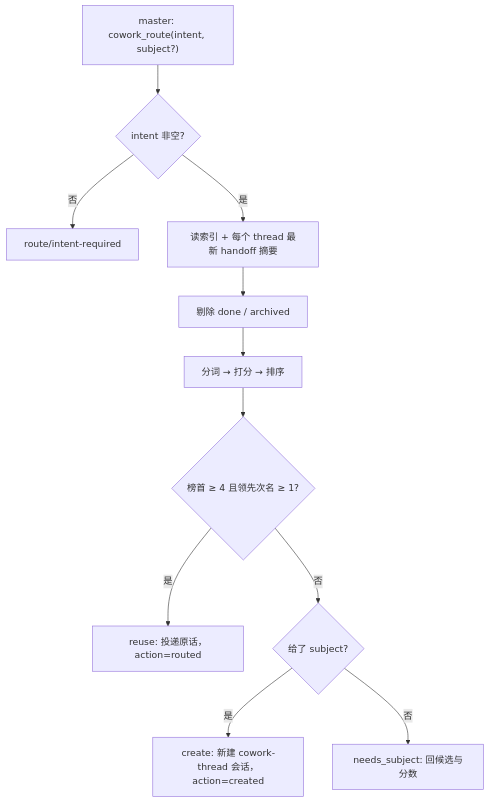
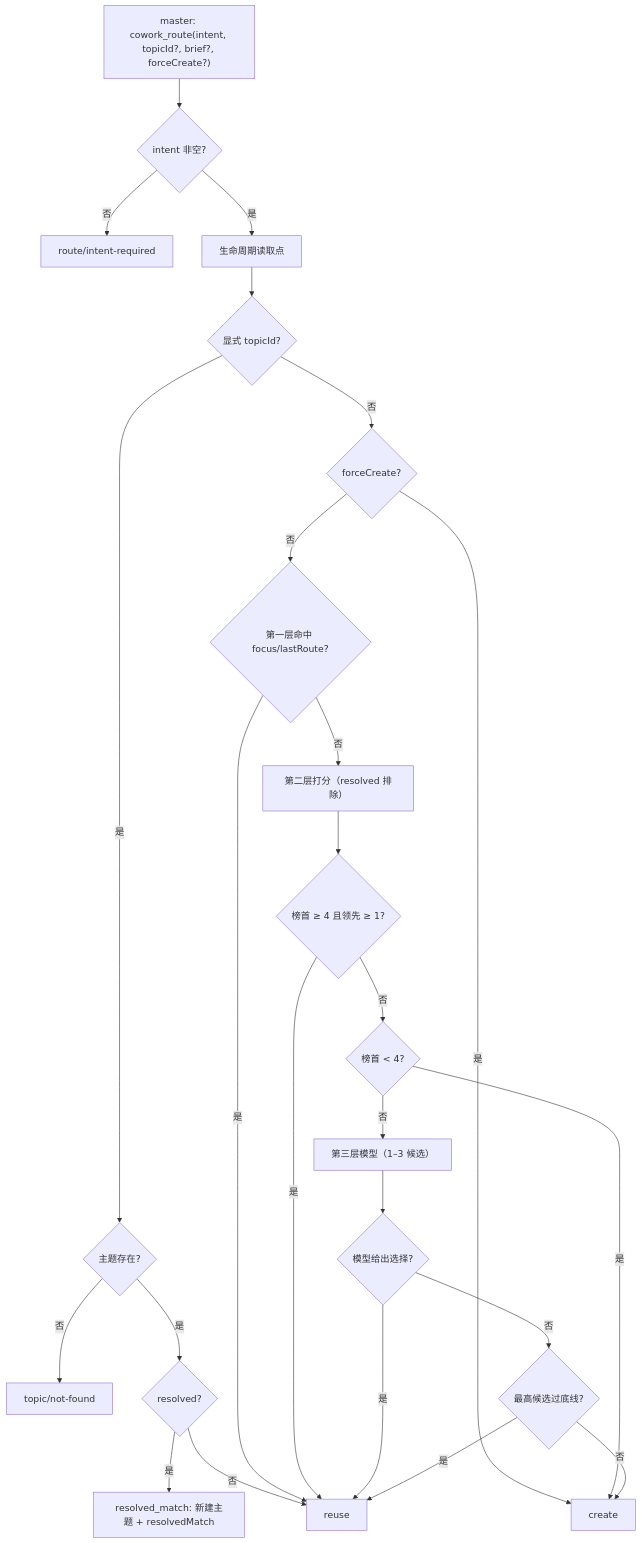
Before and after one commit to leigangzhang/dsh-cowork: the first of 2 diagrams in docs/routing.md, drawn with Mermaid. The commit also changed other lines of this file and 3 other files, not shown here.

````diff
--- a/docs/routing.md
+++ b/docs/routing.md
@@ -33,13 +41,27 @@
 ```mermaid
 flowchart TD
-  A["master: cowork_route(intent, subject?)"] --> B{"intent 非空?"}
+  A["master: cowork_route(intent, topicId?, brief?, forceCreate?)"] --> B{"intent 非空?"}
   B -- 否 --> B1["route/intent-required"]
-  B -- 是 --> C["读索引 + 每个 thread 最新 handoff 摘要"]
-  C --> D["剔除 done / archived"]
-  D --> E["分词 → 打分 → 排序"]
-  E --> F{"榜首 ≥ 4 且领先次名 ≥ 1?"}
-  F -- 是 --> G["reuse: 投递原话，action=routed"]
-  F -- 否 --> H{"给了 subject?"}
-  H -- 是 --> I["create: 新建 cowork-thread 会话，action=created"]
-  H -- 否 --> J["needs_subject: 回候选与分数"]
+  B -- 是 --> C["生命周期读取点"]
+  C --> D{"显式 topicId?"}
+  D -- 是 --> E{"主题存在?"}
+  E -- 否 --> E1["topic/not-found"]
+  E -- 是 --> F{"resolved?"}
+  F -- 是 --> F1["resolved_match: 新建主题 + resolvedMatch"]
+  F -- 否 --> G["reuse"]
+  D -- 否 --> H{"forceCreate?"}
+  H -- 是 --> I["create"]
+  H -- 否 --> J{"第一层命中 focus/lastRoute?"}
+  J -- 是 --> G
+  J -- 否 --> K["第二层打分（resolved 排除）"]
+  K --> L{"榜首 ≥ 4 且领先 ≥ 1?"}
+  L -- 是 --> G
+  L -- 否 --> M{"榜首 < 4?"}
+  M -- 是 --> I
+  M -- 否 --> N["第三层模型（1–3 候选）"]
+  N --> O{"模型给出选择?"}
+  O -- 是 --> G
+  O -- 否 --> P{"最高候选过底线?"}
+  P -- 是 --> G
+  P -- 否 --> I
 ```
````
